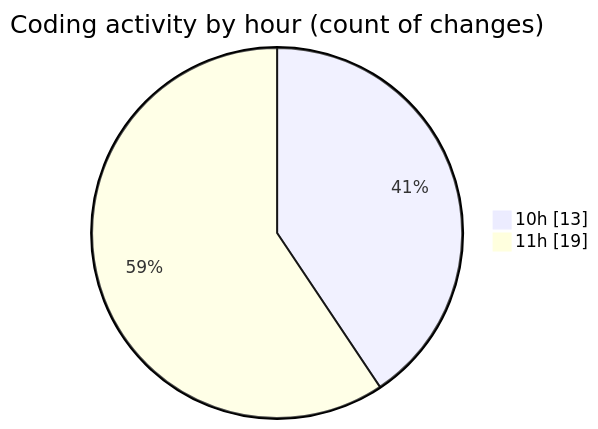
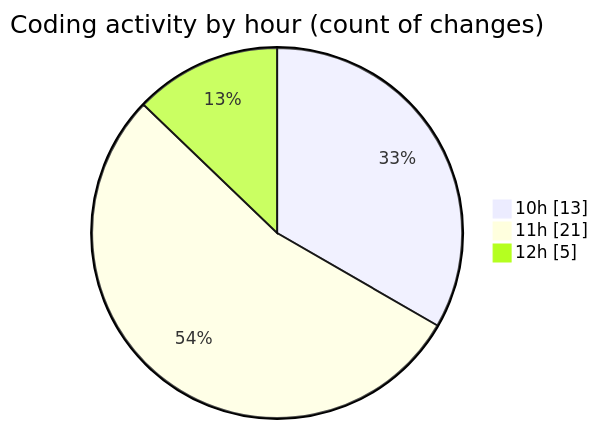
Before and after one commit to momahboobian/code-tracking: the second of 2 diagrams in 2025-06-19/cda/README.md, drawn with Mermaid. The commit also changed other lines of this file and 1 other file, not shown here.

````diff
--- a/2025-06-19/cda/README.md
+++ b/2025-06-19/cda/README.md
@@ -33,6 +34,7 @@
 ```mermaid
 pie showData
 title Coding activity by hour (count of changes)
 "10h" : 13
-"11h" : 19
+"11h" : 21
+"12h" : 5
 ```
````
